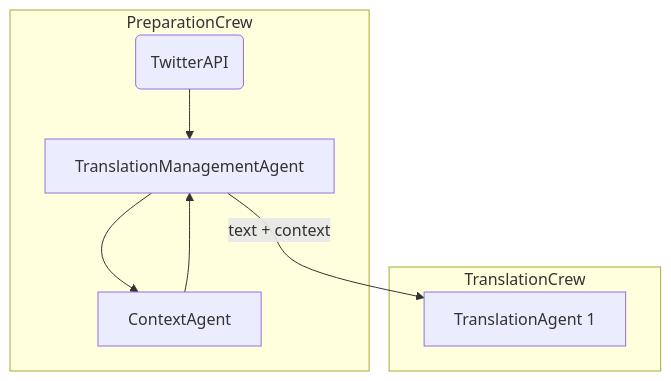
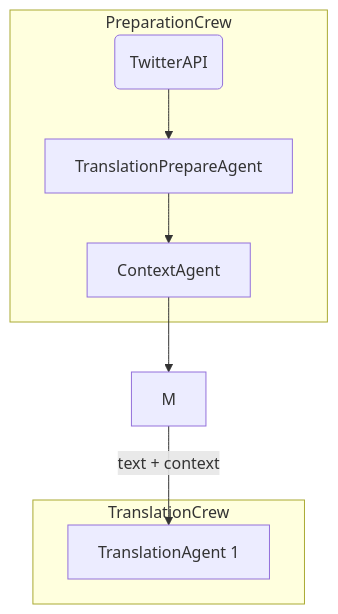
One commit to ctseng777/babel_crewai changed the diagram in doc/v0.1/v0.1.mermaid. Above: the diagram before and after it, drawn with Mermaid. The commit also changed 6 other files, not shown here.

Commit message:
update architecture diagrams

```diff
--- a/doc/v0.1/v0.1.mermaid
+++ b/doc/v0.1/v0.1.mermaid
@@ -1,15 +1,15 @@
 flowchart TD
     subgraph PreparationCrew
         t(TwitterAPI)
-        M[TranslationManagementAgent]
+        P[TranslationPrepareAgent]
         C[ContextAgent]
     end
 
     subgraph TranslationCrew
         T1[TranslationAgent 1]
     end
 
-    t --> M
-    M --> C
+    t --> P
+    P --> C
     C --> M
     M -->|text + context| T1
```
